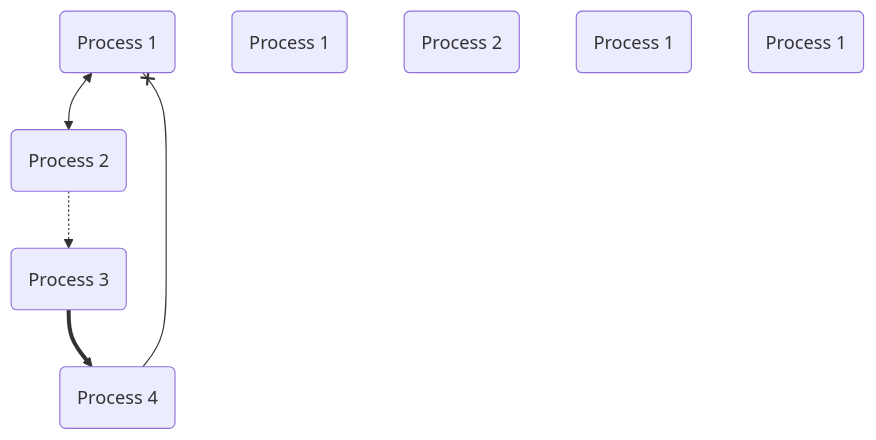
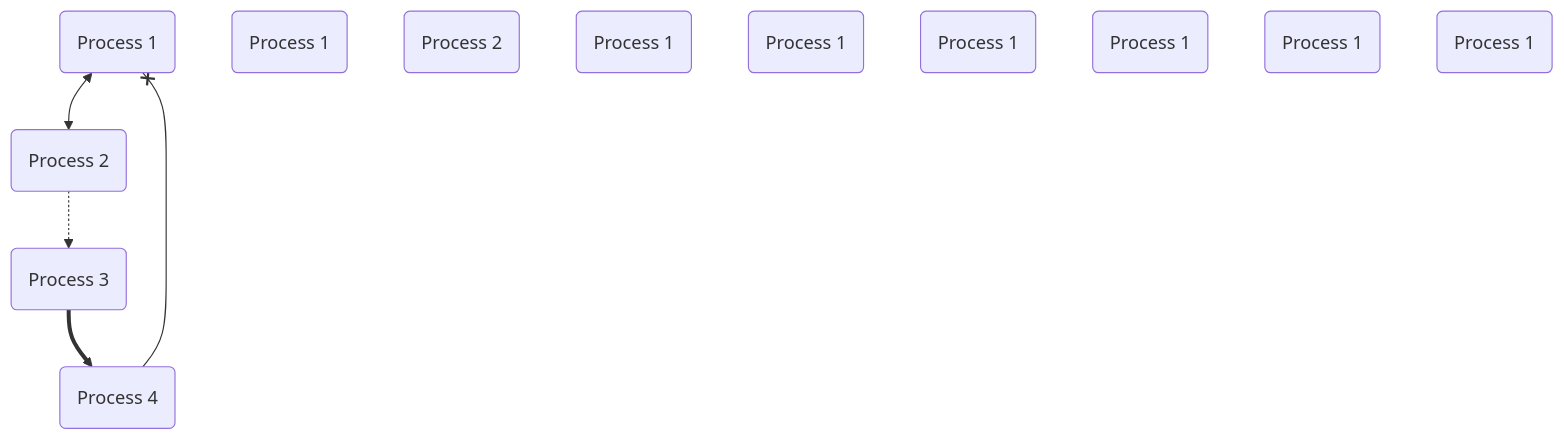
One commit to pingpm/mermaid_vault changed the diagram in mmd/123_04d97162-0453-404a-a3b5-2b88ef3dc39f.mmd. Above: the diagram before and after it, drawn with Mermaid. The commit also changed 3 other files, not shown here.

Commit message:
Sync Mermaid Studio data (26 diagrams)

```diff
--- a/mmd/123_04d97162-0453-404a-a3b5-2b88ef3dc39f.mmd
+++ b/mmd/123_04d97162-0453-404a-a3b5-2b88ef3dc39f.mmd
@@ -1,13 +1,17 @@
 flowchart TD
   n_0("Process 1")
   n_1("Process 2")
   n_2("Process 3")
   n_3("Process 4")
   n_4("Process 1")
   n_5("Process 2")
   n_6("Process 1")
   n_7("Process 1")
+  n_8("Process 1")
+  n_9("Process 1")
+  n_10("Process 1")
+  n_11("Process 1")
   n_0 <--> n_1
   n_1 -.-> n_2
   n_2 ==> n_3
   n_3 --x n_0
```
